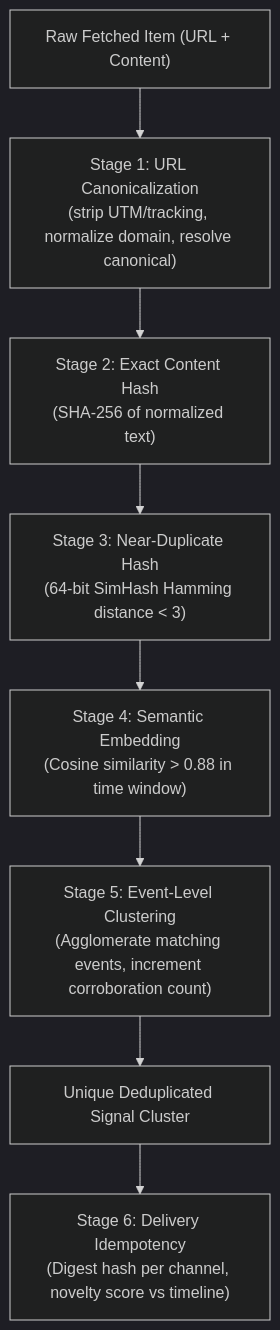
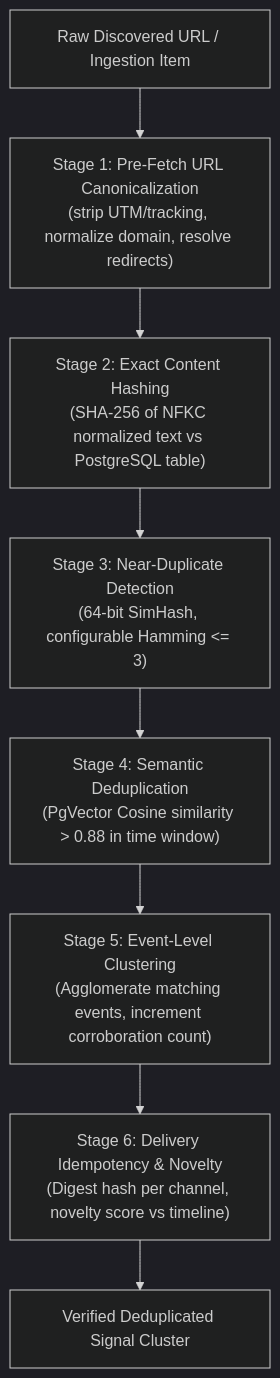
One commit to bhanushakya2004/RivalScope changed the third of 3 diagrams in ARCHITECTURE.md. Above: the diagram before and after it, drawn with Mermaid (dark theme). The commit also changed other lines of this file and 44 other files, not shown here.

Commit message:
feat: complete Phase 1 base app, mock model, providers, docker services, updated ADRs and architecture

````diff
--- a/ARCHITECTURE.md
+++ b/ARCHITECTURE.md
@@ -170,10 +175,10 @@
 ```mermaid
 flowchart TD
-    Raw["Raw Fetched Item (URL + Content)"] --> S1["Stage 1: URL Canonicalization\n(strip UTM/tracking, normalize domain, resolve canonical)"]
-    S1 --> S2["Stage 2: Exact Content Hash\n(SHA-256 of normalized text)"]
-    S2 --> S3["Stage 3: Near-Duplicate Hash\n(64-bit SimHash Hamming distance < 3)"]
-    S3 --> S4["Stage 4: Semantic Embedding\n(Cosine similarity > 0.88 in time window)"]
+    Raw["Raw Discovered URL / Ingestion Item"] --> S1["Stage 1: Pre-Fetch URL Canonicalization\n(strip UTM/tracking, normalize domain, resolve redirects)"]
+    S1 --> S2["Stage 2: Exact Content Hashing\n(SHA-256 of NFKC normalized text vs PostgreSQL table)"]
+    S2 --> S3["Stage 3: Near-Duplicate Detection\n(64-bit SimHash, configurable Hamming <= 3)"]
+    S3 --> S4["Stage 4: Semantic Deduplication\n(PgVector Cosine similarity > 0.88 in time window)"]
     S4 --> S5["Stage 5: Event-Level Clustering\n(Agglomerate matching events, increment corroboration count)"]
-    S5 --> UniqueSignal["Unique Deduplicated Signal Cluster"]
-    UniqueSignal --> S6["Stage 6: Delivery Idempotency\n(Digest hash per channel, novelty score vs timeline)"]
+    S5 --> S6["Stage 6: Delivery Idempotency & Novelty\n(Digest hash per channel, novelty score vs timeline)"]
+    S6 --> UniqueSignal["Verified Deduplicated Signal Cluster"]
 ```
````
